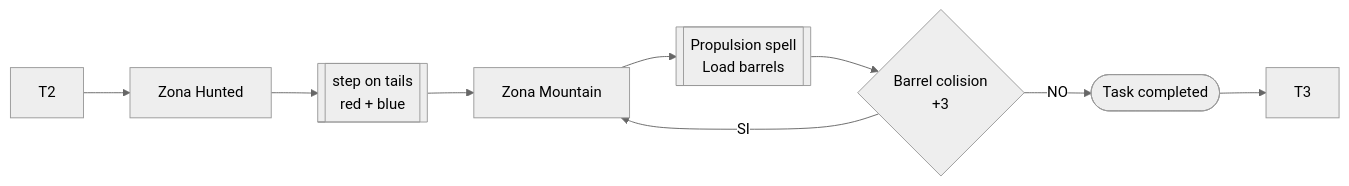
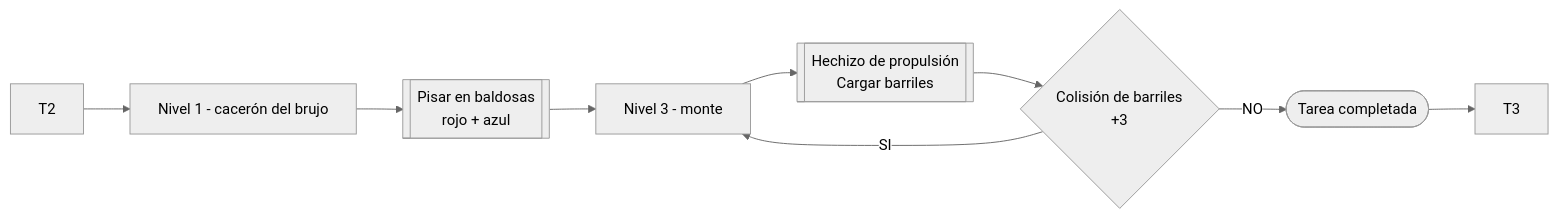
Before and after one commit to DEV25-G03/DEV25-G03-P2: the third of 4 diagrams in README.md, drawn with Mermaid (neutral theme). The commit also changed other lines of this file, not shown here.

First line of the commit message:
Update diagrams README.md

````diff
--- a/README.md
+++ b/README.md
@@ -162,11 +161,11 @@
 ```mermaid
 flowchart LR
-    T2 --> ZH2[Zona Hunted]
-    ZH2 --> ST2[[step on tails<br>red + blue]]
-    ST2 --> ZM2[Zona Mountain]
-    ZM2 --> PS[[Propulsion spell<br>Load barrels]]
-    PS --> BC{Barrel colision<br>+3}
+    T2 --> ZH2[Nivel 1 - cacerón del brujo]
+    ZH2 --> ST2[[Pisar en baldosas<br>rojo + azul]]
+    ST2 --> ZM2[Nivel 3 - monte]
+    ZM2 --> PS[[Hechizo de propulsión<br>Cargar barriles]]
+    PS --> BC{Colisión de barriles<br>+3}
     BC --> |SI| ZM2
-    BC --> |NO| TC2([Task completed])
+    BC --> |NO| TC2([Tarea completada])
     TC2 --> T3
 ```
````
